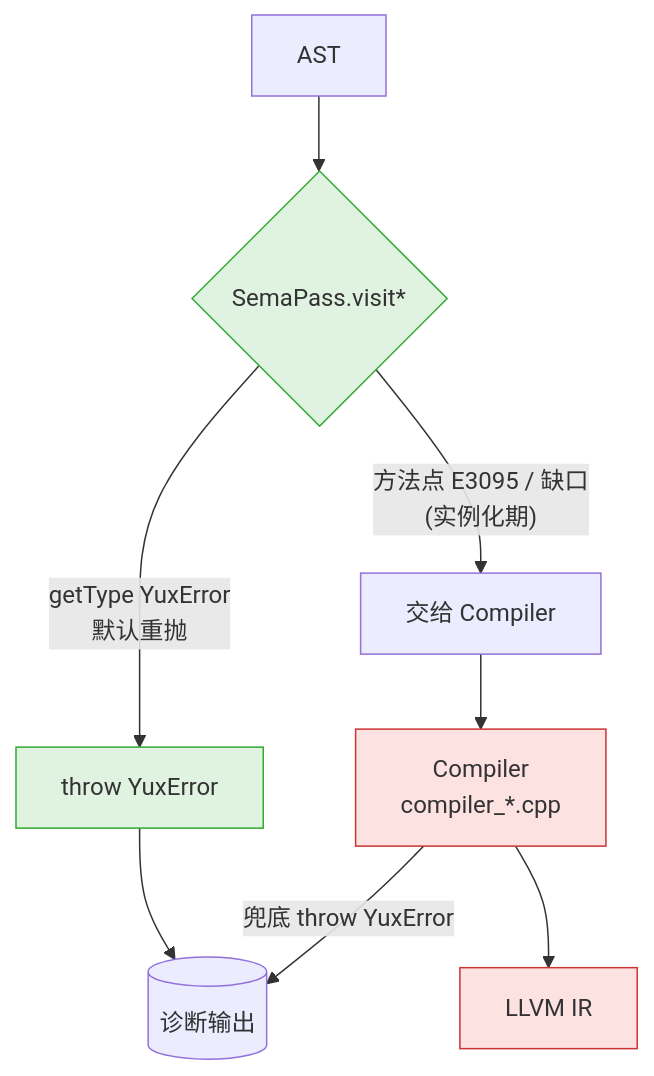
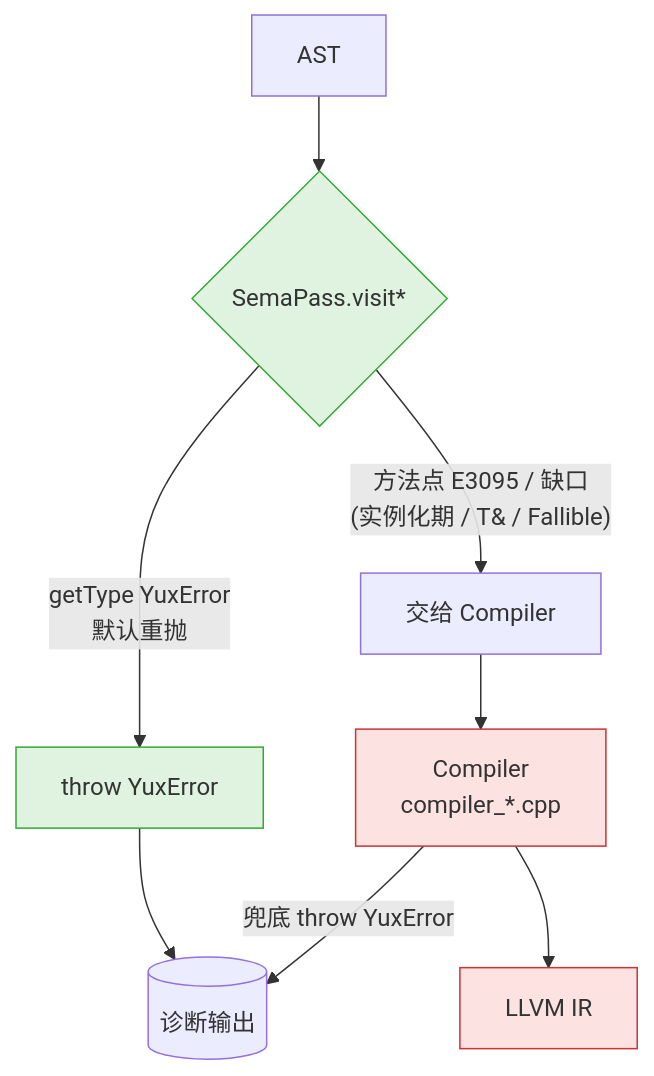
One commit to riu-lang/riu changed the fourth of 6 diagrams in yux.md. Above: the diagram before and after it, drawn with Mermaid. The commit also changed 8 other files, not shown here.

````diff
--- a/yux.md
+++ b/yux.md
@@ -116,18 +116,18 @@
 ```mermaid
 flowchart TB
     ast[AST] --> sema{SemaPass.visit*}
 
     sema -- "getType YuxError<br/>默认重抛" --> throwSema[throw YuxError]
-    sema -- "方法点 E3095 / 缺口<br/>(实例化期)" --> skip[交给 Compiler]
+    sema -- "方法点 E3095 / 缺口<br/>(实例化期 / T& / Fallible)" --> skip[交给 Compiler]
 
     throwSema --> userErr[(诊断输出)]
     skip --> compiler[Compiler<br/>compiler_*.cpp]
 
     compiler -- "兜底 throw YuxError" --> userErr
     compiler --> ir[LLVM IR]
 
     classDef green fill:#e0f3e0,stroke:#3a3
     classDef red fill:#fde2e2,stroke:#c33
     class sema,throwSema green
     class compiler,ir red
 ```
````
